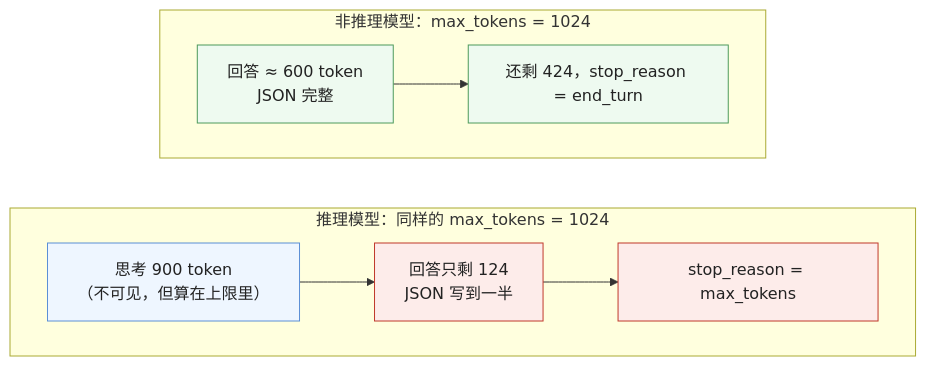
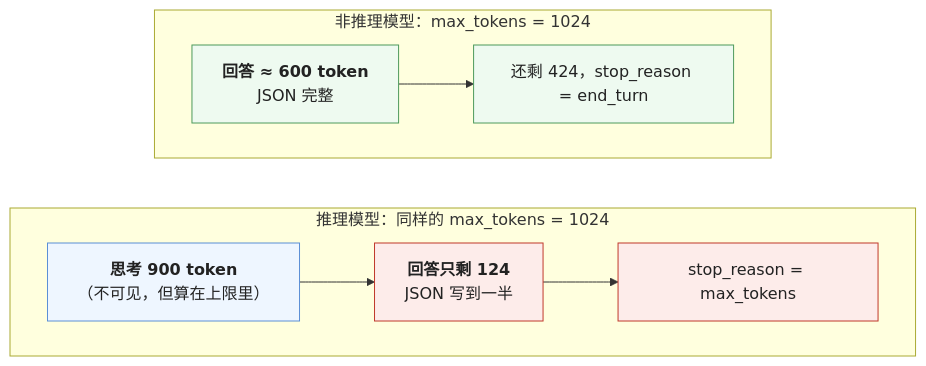
The third of 6 diagrams in _posts/2026-10-01-reasoning-models-as-components-thinking-effort-and-state.md (arganzheng/arganzheng.github.com), drawn with Mermaid before and after one commit. The commit also changed other lines of this file and 6 other files, not shown here.

First line of the commit message:
模型作为组件：契约、失效模式与选型：Mermaid 多行方框的首行标为标题（7 篇）

````diff
--- a/_posts/2026-10-01-reasoning-models-as-components-thinking-effort-and-state.md
+++ b/_posts/2026-10-01-reasoning-models-as-components-thinking-effort-and-state.md
@@ -95,19 +95,19 @@
 ```mermaid
 %% 图：max_tokens = 1024 在两类模型上的含义——非推理模型上 1024 全给回答，JSON 完整；推理模型上思考先用掉 900，回答只剩 124 被截断，stop_reason 是 max_tokens
 flowchart TB
     subgraph A["非推理模型：max_tokens = 1024"]
         direction LR
-        A1["回答 ≈ 600 token<br/>JSON 完整"] --> A2["还剩 424，stop_reason = end_turn"]
+        A1["<b>回答 ≈ 600 token</b><br/>JSON 完整"] --> A2["还剩 424，stop_reason = end_turn"]
     end
     subgraph B["推理模型：同样的 max_tokens = 1024"]
         direction LR
-        B1["思考 900 token<br/>（不可见，但算在上限里）"] --> B2["回答只剩 124<br/>JSON 写到一半"] --> B3["stop_reason = max_tokens"]
+        B1["<b>思考 900 token</b><br/>（不可见，但算在上限里）"] --> B2["<b>回答只剩 124</b><br/>JSON 写到一半"] --> B3["stop_reason = max_tokens"]
     end
     A ~~~ B
     classDef ok fill:#eefaf0,stroke:#4d9a5c,color:#222
     classDef think fill:#eef6ff,stroke:#5b8fd6,color:#222
     classDef bad fill:#fdecea,stroke:#c0392b,color:#222
     class A1,A2 ok
     class B1 think
     class B2,B3 bad
 ```
````
